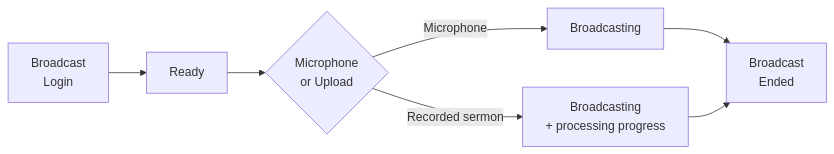
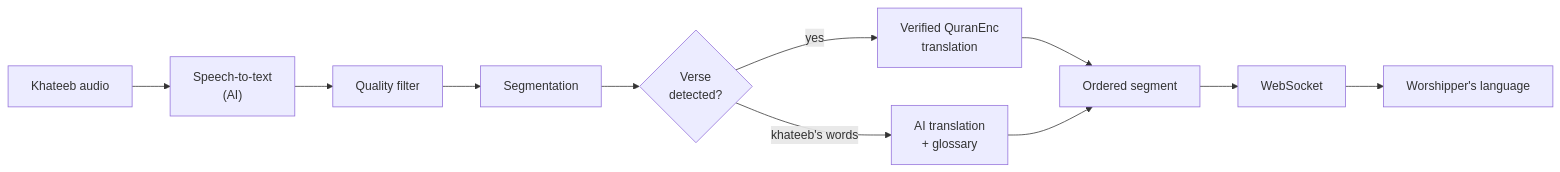
The second of 3 diagrams in README.md (arwaasirii2006-coder/minbar), drawn with Mermaid before and after one commit. The commit also changed other lines of this file and 9 other files, not shown here.

````diff
--- a/README.md
+++ b/README.md
@@ -123,8 +137,8 @@
 ```mermaid
 flowchart LR
-    BL["Broadcast<br/>Login"] --> RD["Ready"] --> MU{"Microphone<br/>or Upload"}
-    MU -- "Microphone" --> BC["Broadcasting"]
-    MU -- "Recorded sermon" --> BP["Broadcasting<br/>+ processing progress"]
-    BC --> BE["Broadcast<br/>Ended"]
-    BP --> BE
+    A["Khateeb audio"] --> B["Speech-to-text<br/>(AI)"] --> C["Quality filter"] --> D["Segmentation"] --> E{"Verse<br/>detected?"}
+    E -- "yes" --> F["Verified QuranEnc<br/>translation"]
+    E -- "khateeb's words" --> G["AI translation<br/>+ glossary"]
+    F --> H["Ordered segment"] --> I["WebSocket"] --> J["Worshipper's language"]
+    G --> H
 ```
````
